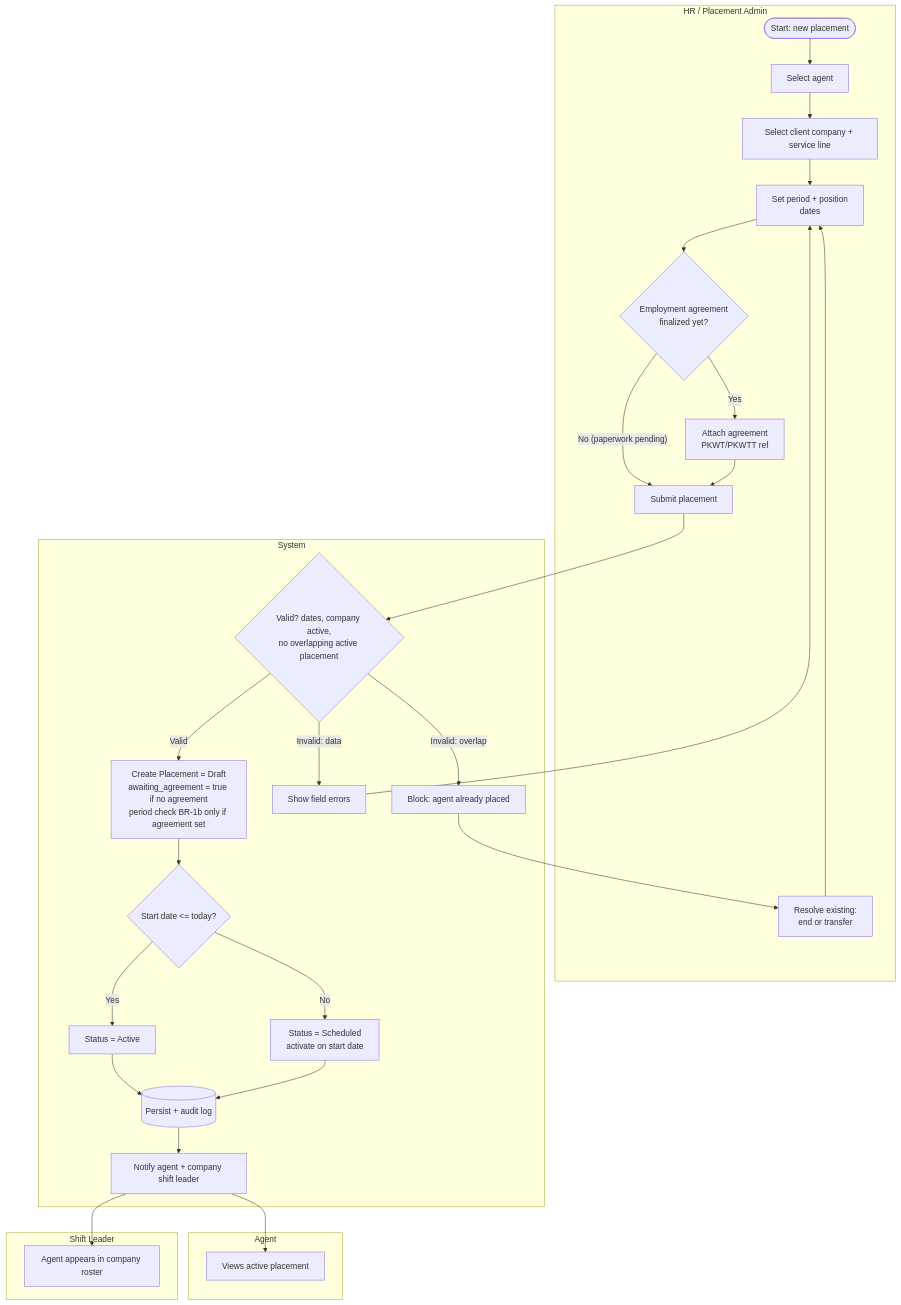
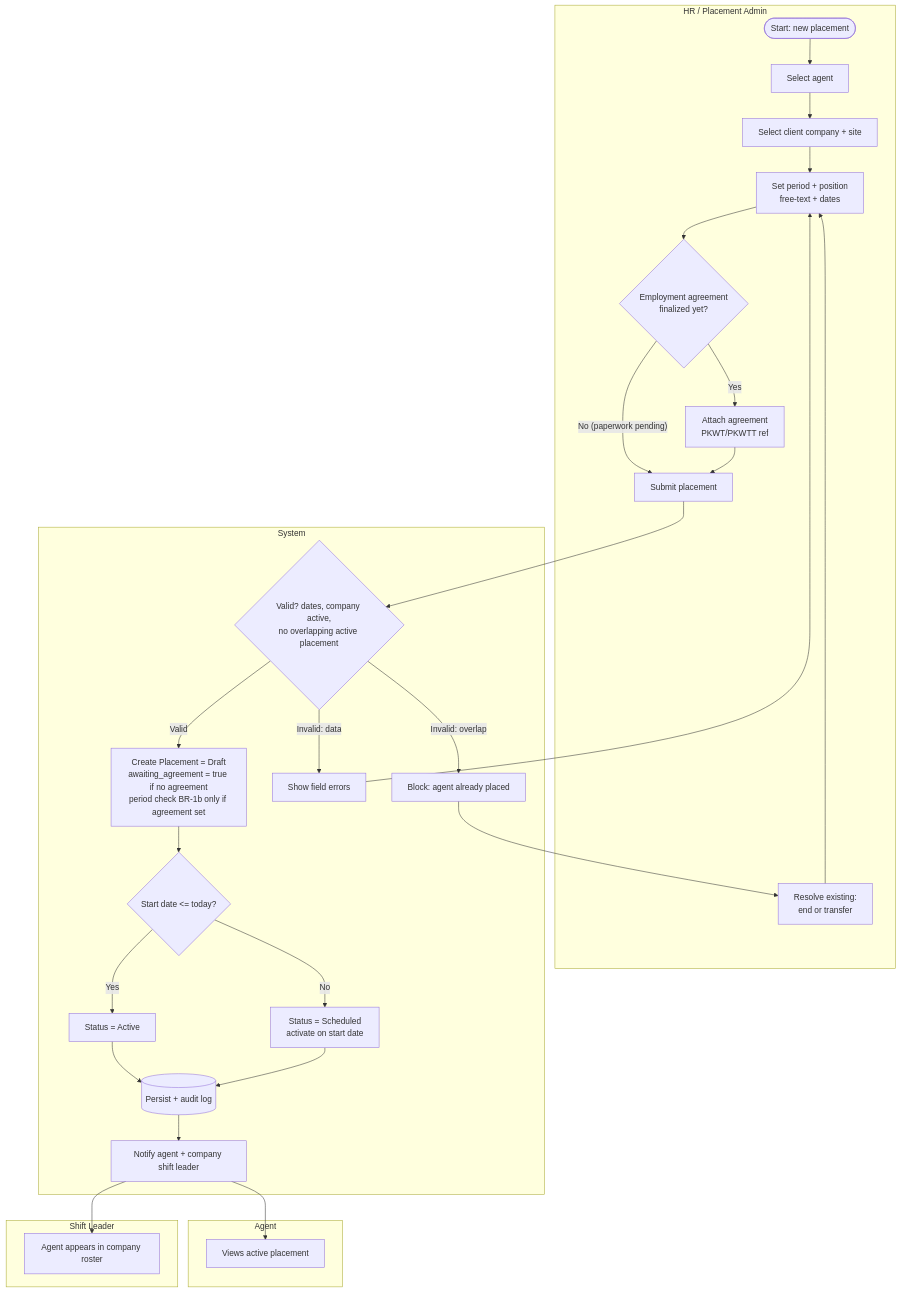
Before and after one commit to hariszaki17/hris-outsource: the second of 6 diagrams in docs/epics/E3-placement/FEATURE.md, drawn with Mermaid. The commit also changed other lines of this file and 239 other files, not shown here.

First line of the commit message:
feat!: remove service line concept end-to-end

````diff
--- a/docs/epics/E3-placement/FEATURE.md
+++ b/docs/epics/E3-placement/FEATURE.md
@@ -104,31 +103,31 @@
 ```mermaid
 flowchart TD
     subgraph HR[HR / Placement Admin]
         A1([Start: new placement]) --> A2[Select agent]
-        A2 --> A3[Select client company + service line]
-        A3 --> A4[Set period + position<br/>dates]
+        A2 --> A3[Select client company + site]
+        A3 --> A4[Set period + position<br/>free-text + dates]
         A4 --> A5{Employment agreement<br/>finalized yet?}
         A5 -- Yes --> A4b[Attach agreement<br/>PKWT/PKWTT ref]
         A5 -- "No (paperwork pending)" --> A7
         A4b --> A7[Submit placement]
         A6[Resolve existing:<br/>end or transfer] --> A4
     end
     subgraph SYS[System]
         A7 --> S1{Valid? dates, company active,<br/>no overlapping active placement}
         S1 -- Invalid: overlap --> S2[Block: agent already placed] --> A6
         S1 -- Invalid: data --> S3[Show field errors] --> A4
         S1 -- Valid --> S4[Create Placement = Draft<br/>awaiting_agreement = true if no agreement<br/>period check BR-1b only if agreement set]
         S4 --> S5{Start date <= today?}
         S5 -- Yes --> S6[Status = Active]
         S5 -- No --> S7[Status = Scheduled<br/>activate on start date]
         S6 --> S8[(Persist + audit log)]
         S7 --> S8
         S8 --> S9[Notify agent + company shift leader]
     end
     subgraph AG[Agent]
         S9 --> G1[Views active placement]
     end
     subgraph SL[Shift Leader]
         S9 --> L1[Agent appears in company roster]
     end
 ```
````
